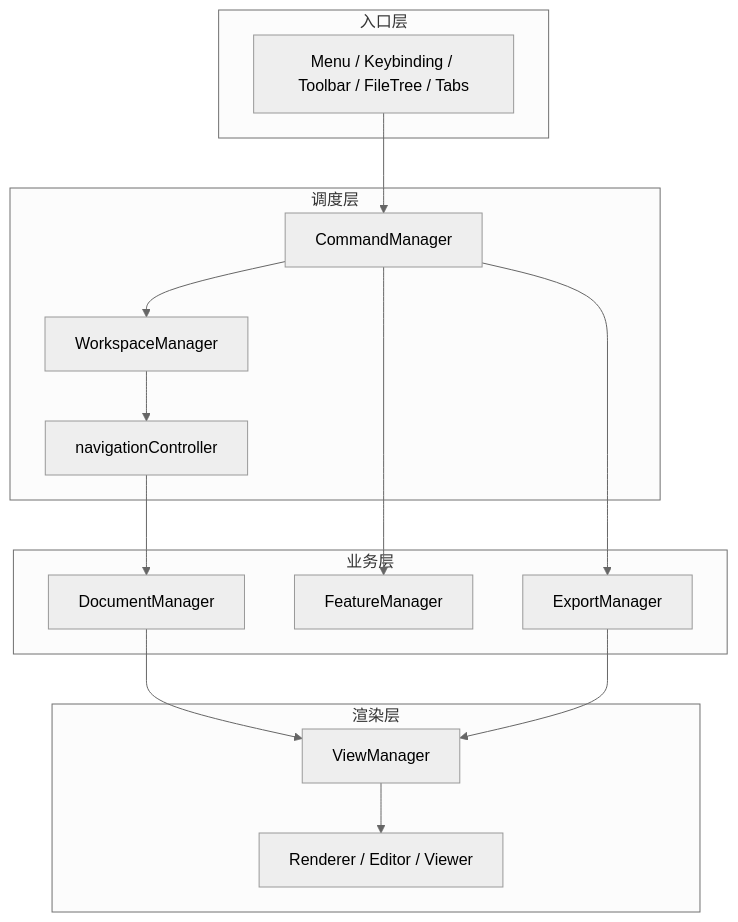
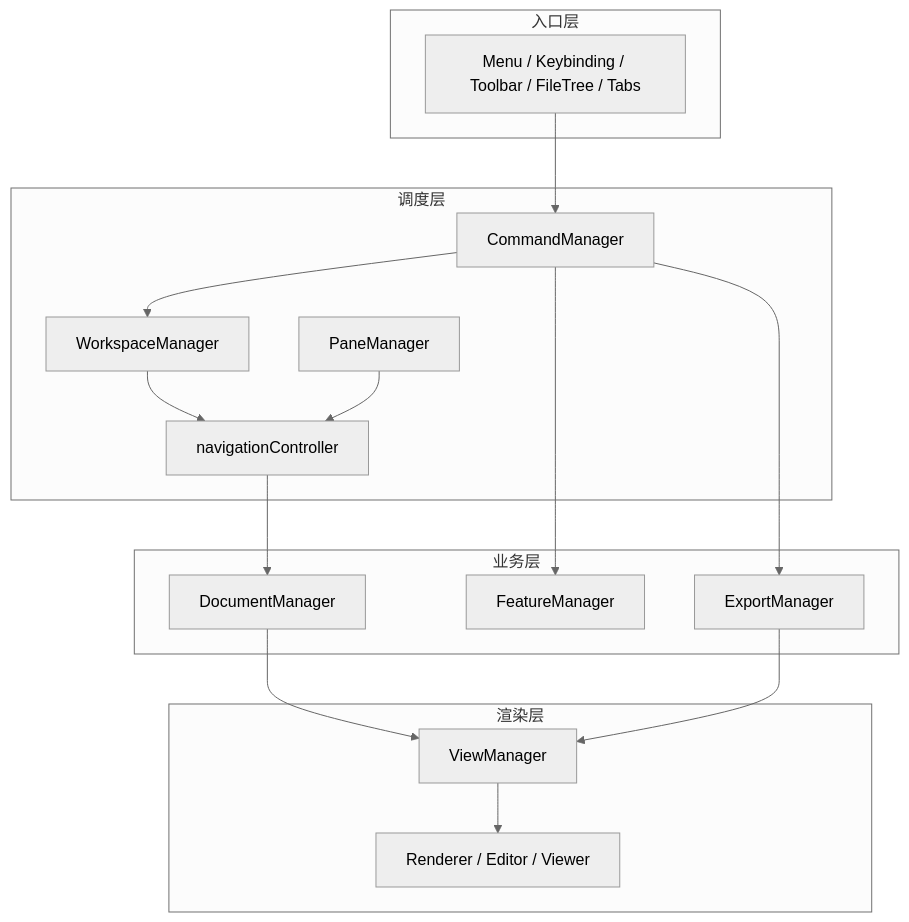
Before and after one commit to ywleeo/mark2: the diagram in docs/ARCHITECTURE.md, drawn with Mermaid (neutral theme). The commit also changed other lines of this file and 29 other files, not shown here.

````diff
--- a/docs/ARCHITECTURE.md
+++ b/docs/ARCHITECTURE.md
@@ -40,33 +41,35 @@
 ```mermaid
 flowchart TB
     subgraph Input ["入口层"]
         UI["Menu / Keybinding / Toolbar / FileTree / Tabs"]
     end
 
     subgraph Core ["调度层"]
         CMD["CommandManager"]
         WS["WorkspaceManager"]
+        PANE["PaneManager"]
         NAV["navigationController"]
     end
 
     subgraph Domain ["业务层"]
         DOC["DocumentManager"]
         FEAT["FeatureManager"]
         EXP["ExportManager"]
     end
 
     subgraph Output ["渲染层"]
         VIEW["ViewManager"]
         RENDER["Renderer / Editor / Viewer"]
     end
 
     UI --> CMD
     CMD --> WS
     CMD --> FEAT
     CMD --> EXP
     WS --> NAV
+    PANE --> NAV
     NAV --> DOC
     DOC --> VIEW
     EXP --> VIEW
     VIEW --> RENDER
 ```
````
